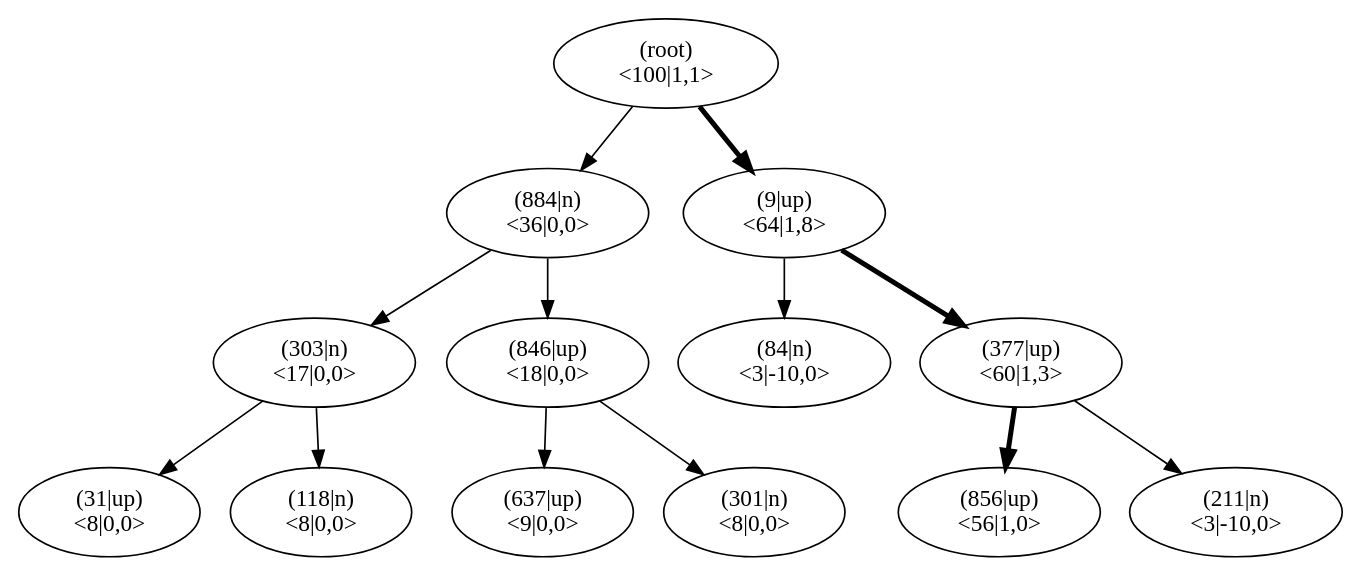
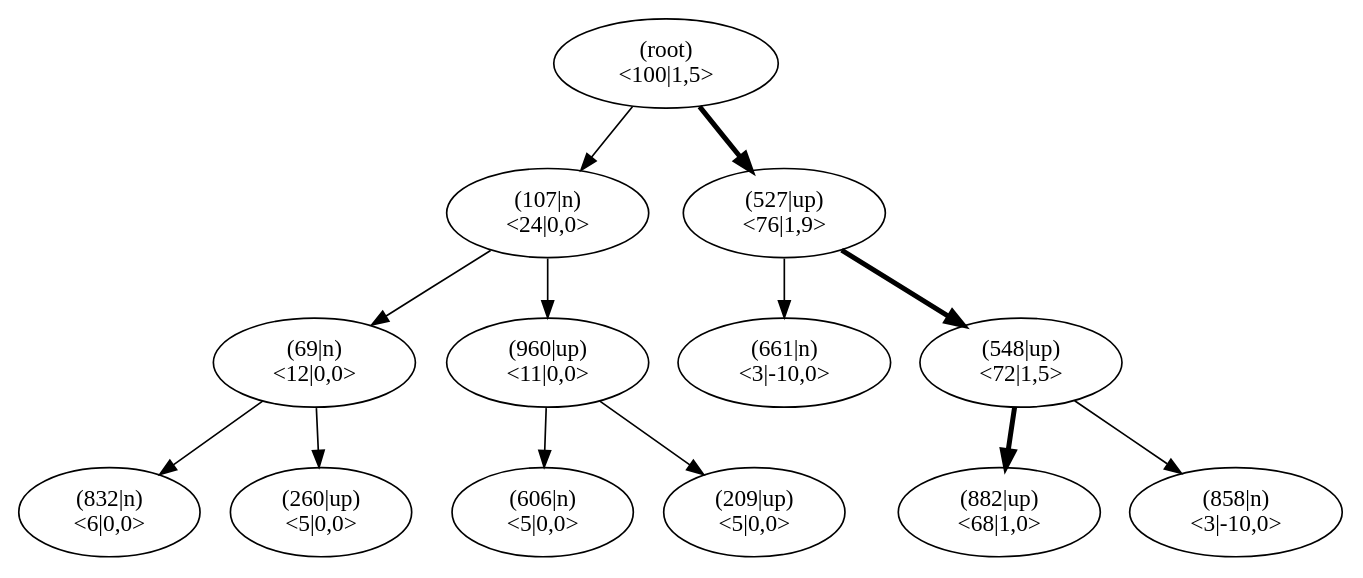
Before and after one commit to JonasHellgren/relexp-java: the diagram in pictures/ch13/climb_mctsHUNDREDiterHIGHEXP_NOTDEFBACKUP.dot, drawn with Graphviz. The commit also changed 15 other files, not shown here.

```diff
--- a/pictures/ch13/climb_mctsHUNDREDiterHIGHEXP_NOTDEFBACKUP.dot
+++ b/pictures/ch13/climb_mctsHUNDREDiterHIGHEXP_NOTDEFBACKUP.dot
@@ -1,41 +1,41 @@
 digraph MCTS {
 node [shape=ellipse];
 Nroot [label="(root)
-<100|1,1>"];
-Nroot -> N884[penwidth=1];
-N884 [label="(884|n)
-<36|0,0>"];
-N884 -> N303[penwidth=1];
-N303 [label="(303|n)
-<17|0,0>"];
-N303 -> N31[penwidth=1];
-N31 [label="(31|up)
-<8|0,0>"];
-N303 -> N118[penwidth=1];
-N118 [label="(118|n)
-<8|0,0>"];
-N884 -> N846[penwidth=1];
-N846 [label="(846|up)
-<18|0,0>"];
-N846 -> N637[penwidth=1];
-N637 [label="(637|up)
-<9|0,0>"];
-N846 -> N301[penwidth=1];
-N301 [label="(301|n)
-<8|0,0>"];
-Nroot -> N9[penwidth=3];
-N9 [label="(9|up)
-<64|1,8>"];
-N9 -> N84[penwidth=1];
-N84 [label="(84|n)
+<100|1,5>"];
+Nroot -> N107[penwidth=1];
+N107 [label="(107|n)
+<24|0,0>"];
+N107 -> N69[penwidth=1];
+N69 [label="(69|n)
+<12|0,0>"];
+N69 -> N832[penwidth=1];
+N832 [label="(832|n)
+<6|0,0>"];
+N69 -> N260[penwidth=1];
+N260 [label="(260|up)
+<5|0,0>"];
+N107 -> N960[penwidth=1];
+N960 [label="(960|up)
+<11|0,0>"];
+N960 -> N606[penwidth=1];
+N606 [label="(606|n)
+<5|0,0>"];
+N960 -> N209[penwidth=1];
+N209 [label="(209|up)
+<5|0,0>"];
+Nroot -> N527[penwidth=3];
+N527 [label="(527|up)
+<76|1,9>"];
+N527 -> N661[penwidth=1];
+N661 [label="(661|n)
 <3|-10,0>"];
-N9 -> N377[penwidth=3];
-N377 [label="(377|up)
-<60|1,3>"];
-N377 -> N856[penwidth=3];
-N856 [label="(856|up)
-<56|1,0>"];
-N377 -> N211[penwidth=1];
-N211 [label="(211|n)
+N527 -> N548[penwidth=3];
+N548 [label="(548|up)
+<72|1,5>"];
+N548 -> N882[penwidth=3];
+N882 [label="(882|up)
+<68|1,0>"];
+N548 -> N858[penwidth=1];
+N858 [label="(858|n)
 <3|-10,0>"];
 }
```
